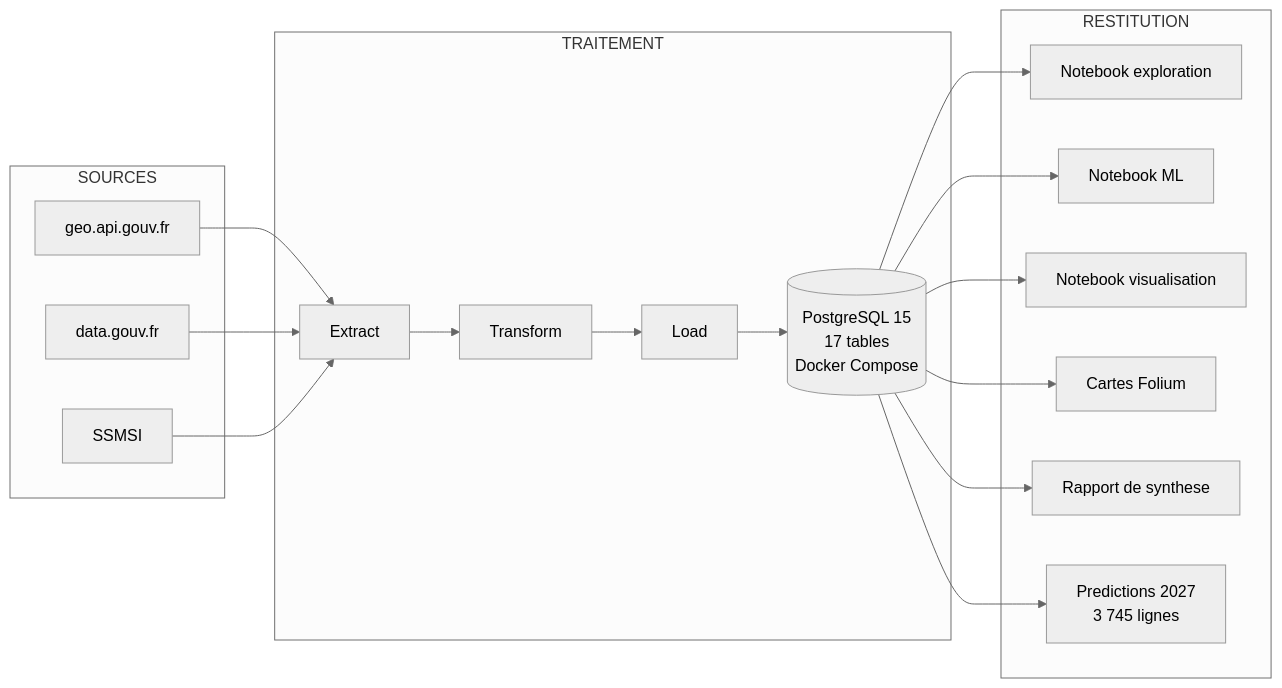
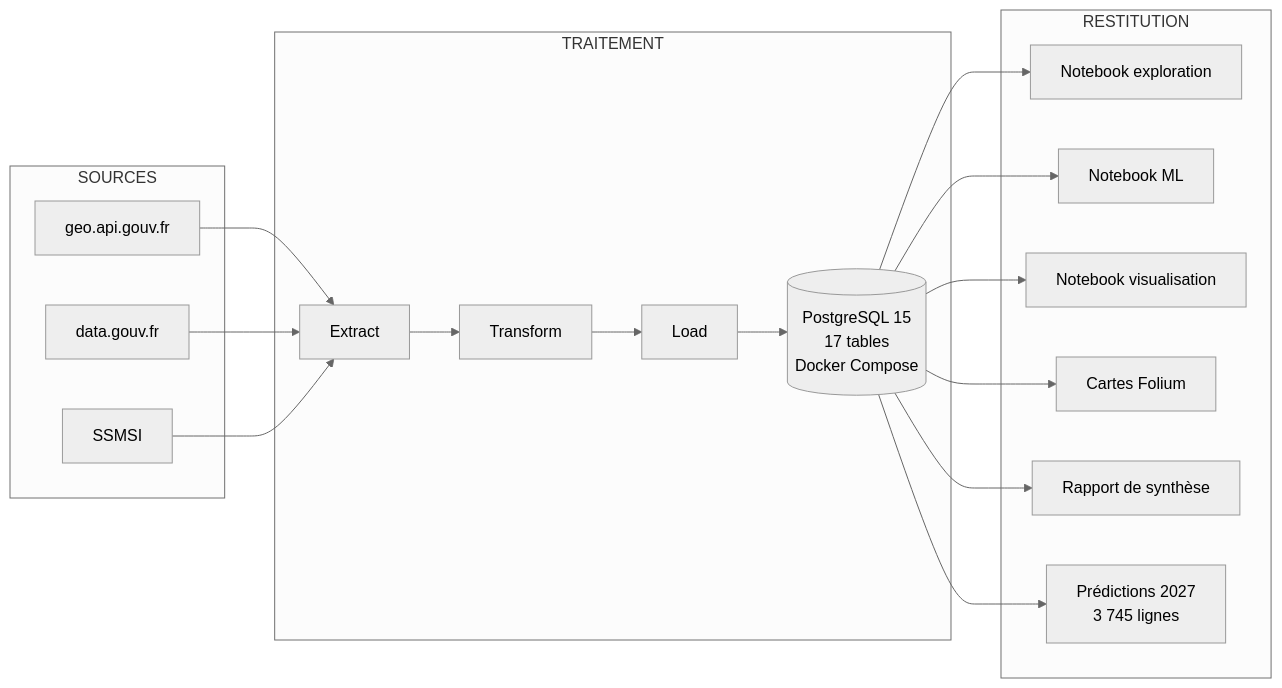
Before and after one commit to Sam-rst/EPSI_M1_MSPR-Groupe_RYMS: the diagram in docs/06-dossier-projet/A2-Architecture-BI.md, drawn with Mermaid (neutral theme). The commit also changed other lines of this file and 8 other files, not shown here.

````diff
--- a/docs/06-dossier-projet/A2-Architecture-BI.md
+++ b/docs/06-dossier-projet/A2-Architecture-BI.md
@@ -19,35 +19,35 @@
 ```mermaid
 flowchart LR
     subgraph SOURCES
         S1[geo.api.gouv.fr]
         S2[data.gouv.fr]
         S3[SSMSI]
     end
 
     subgraph TRAITEMENT
         E[Extract]
         T[Transform]
         L[Load]
         DB[(PostgreSQL 15\n17 tables\nDocker Compose)]
         E --> T --> L --> DB
     end
 
     subgraph RESTITUTION
         N1[Notebook exploration]
         N2[Notebook ML]
         N3[Notebook visualisation]
         C[Cartes Folium]
-        R[Rapport de synthese]
-        P[Predictions 2027\n3 745 lignes]
+        R[Rapport de synthèse]
+        P[Prédictions 2027\n3 745 lignes]
     end
 
     S1 --> E
     S2 --> E
     S3 --> E
     DB --> N1
     DB --> N2
     DB --> N3
     DB --> C
     DB --> R
     DB --> P
 ```
````
